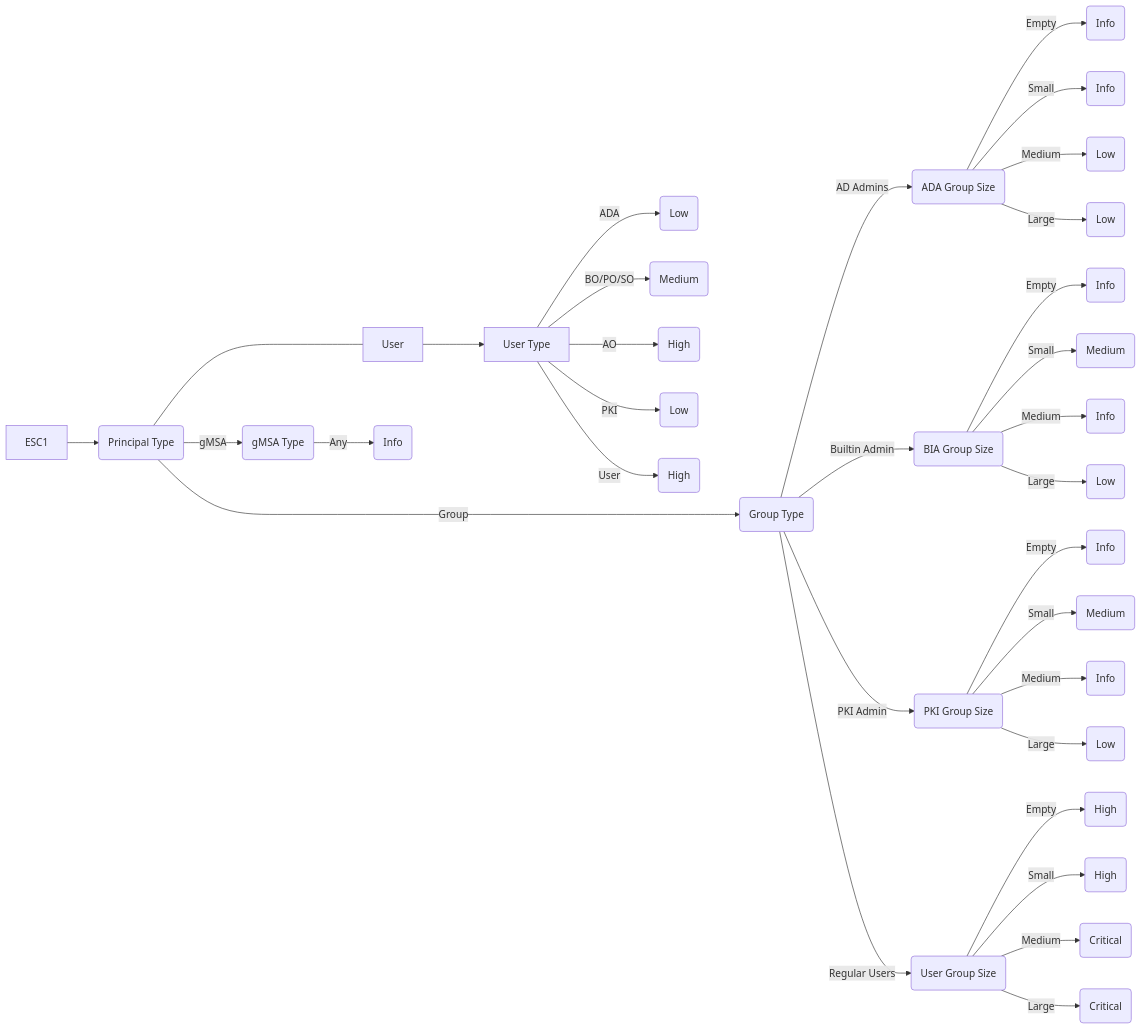
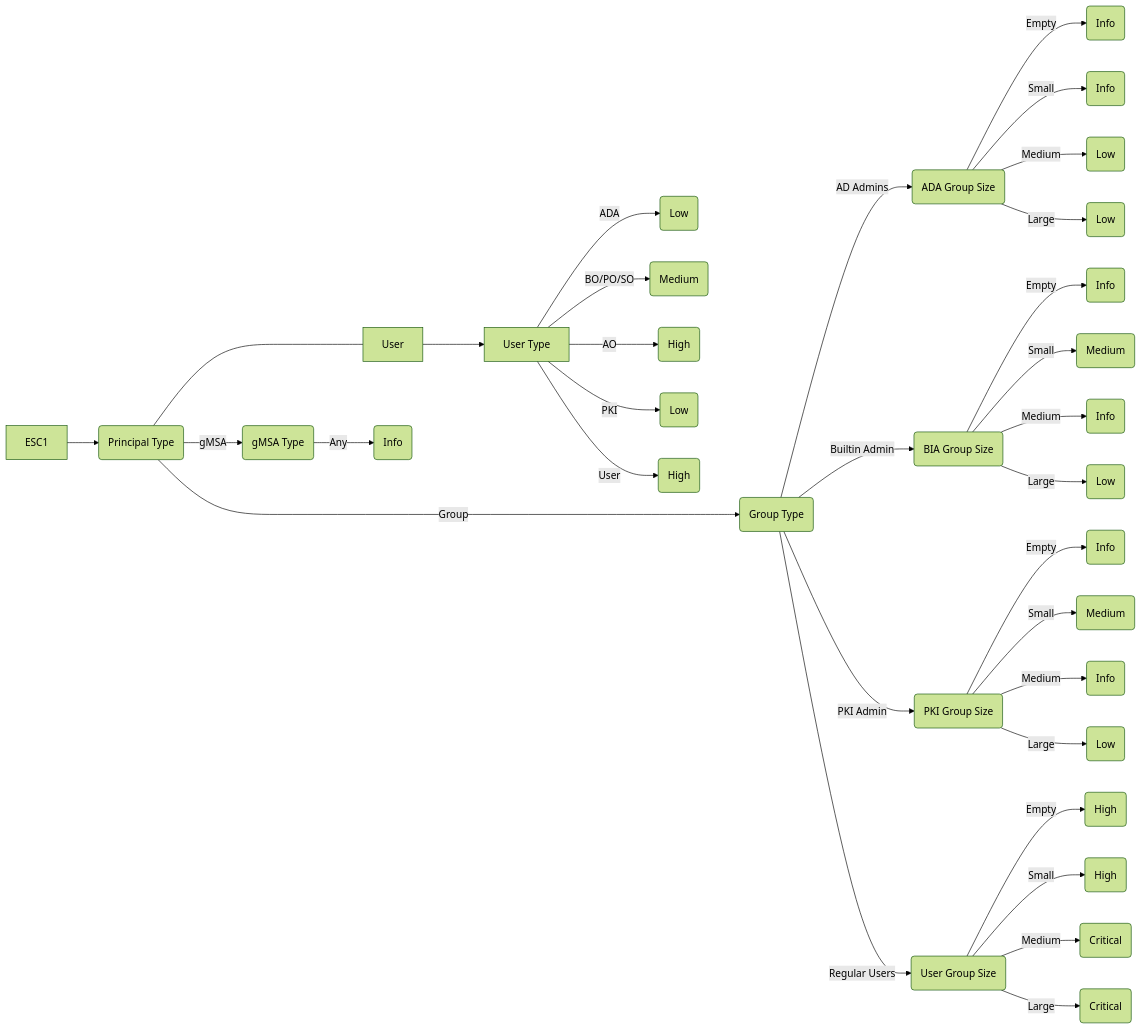
The diagram in Graphics/ESC1.md (TrimarcJake/Locksmith), drawn with Mermaid before and after one commit.

Commit message:
Forest theme?

````diff
--- a/Graphics/ESC1.md
+++ b/Graphics/ESC1.md
@@ -1,33 +1,34 @@
 ```mermaid
+%%{init: {'theme':'forest'}}%%
 flowchart LR
     ESC1 --> PrincipalType(Principal Type);
         PrincipalType ---- User --> UserType["User Type"];
             UserType -- ADA --> ADAUPriority(Low);
             UserType -- BO/PO/SO --> BIAUPriority(Medium);
             UserType -- AO --> AOUPriority(High);
             UserType -- PKI --> PKIAUPriority(Low);
             UserType -- User --> UserPriority(High);
     PrincipalType ------>|Group| GroupType("Group Type");
             GroupType -- AD Admins --> ADASize(ADA Group Size);
                 ADASize -- Empty --> ADAEGPriority(Info);
                 ADASize -- Small --> ADASGPriority(Info);
                 ADASize -- Medium --> ADAMGPriority(Low);
                 ADASize -- Large --> ADALGPriority(Low);
             GroupType -- Builtin Admin --> BIASize(BIA Group Size);
                 BIASize -- Empty --> BIAEGPriority(Info);
                 BIASize -- Small --> BIASGPriority(Medium);
                 BIASize -- Medium --> BIAMGPriority(Info);
                 BIASize -- Large --> BIALGPriority(Low);
             GroupType -- PKI Admin --> PKIASize(PKI Group Size);
                 PKIASize -- Empty --> PKIAEGPriority(Info);
                 PKIASize -- Small --> PKIASGPriority(Medium);
                 PKIASize -- Medium --> PKIAMGPriority(Info);
                 PKIASize -- Large --> PKIALGPriority(Low);
             GroupType -- Regular Users --> UsersSize(User Group Size);
                 UsersSize -- Empty --> UsersEGPriority(High);
                 UsersSize -- Small --> UsersSGPriority(High);
                 UsersSize -- Medium --> UsersMGPriority(Critical);
                 UsersSize -- Large --> UsersLGPriority(Critical);
     PrincipalType -- gMSA --> gMSAType(gMSA Type);
             gMSAType -- Any --> gMSAPriority(Info);
 ```
````
